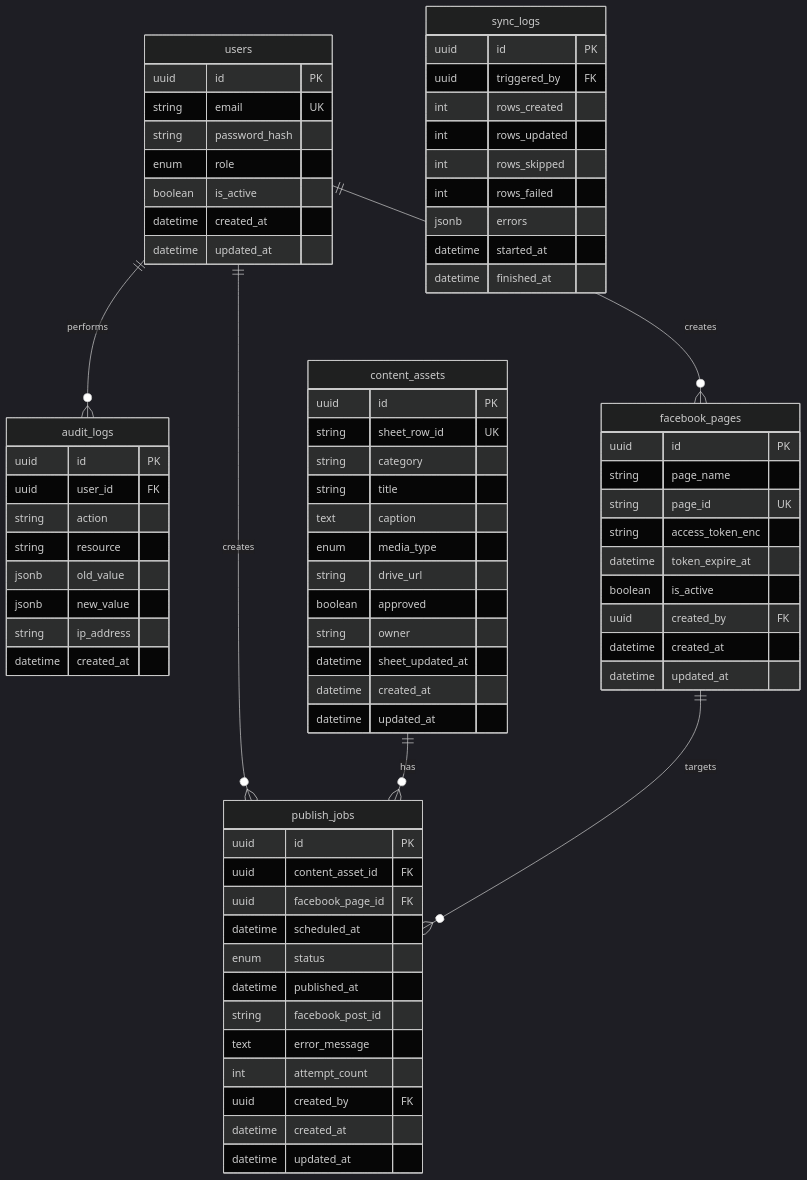
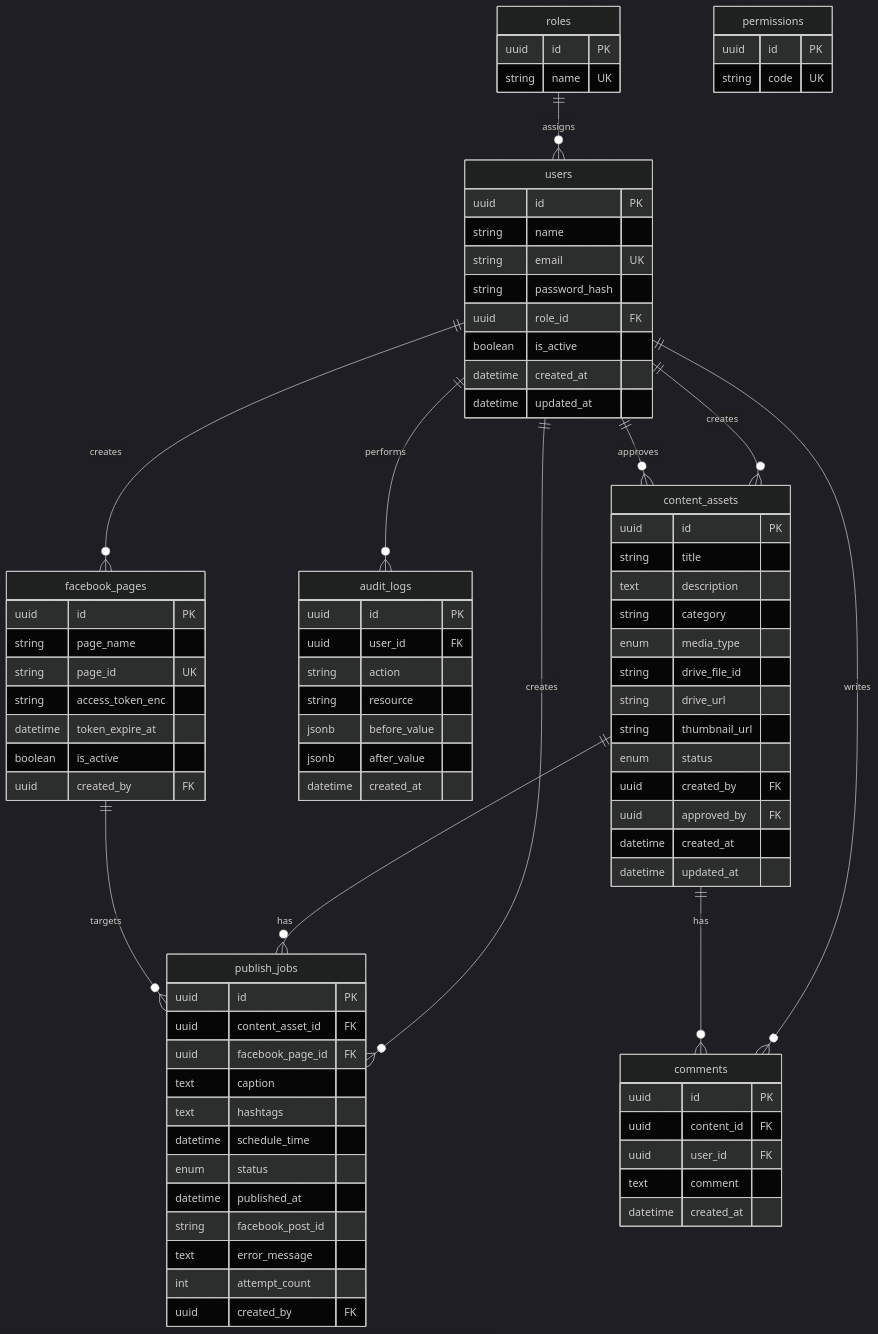
One commit to hieptvh18/auto-post-social changed the diagram in docs/03-database-design.md. Above: the diagram before and after it, drawn with Mermaid (dark theme). The commit also changed other lines of this file and 31 other files, not shown here.

````diff
--- a/docs/03-database-design.md
+++ b/docs/03-database-design.md
@@ -9,19 +9,35 @@
 ```mermaid
 erDiagram
+    users ||--o{ content_assets : creates
+    users ||--o{ content_assets : approves
     users ||--o{ publish_jobs : creates
     users ||--o{ audit_logs : performs
+    users ||--o{ comments : writes
     users ||--o{ facebook_pages : creates
     content_assets ||--o{ publish_jobs : has
+    content_assets ||--o{ comments : has
     facebook_pages ||--o{ publish_jobs : targets
+    roles ||--o{ users : assigns
 
     users {
         uuid id PK
+        string name
         string email UK
         string password_hash
-        enum role
+        uuid role_id FK
         boolean is_active
         datetime created_at
         datetime updated_at
+    }
+
+    roles {
+        uuid id PK
+        string name UK
+    }
+
+    permissions {
+        uuid id PK
+        string code UK
     }
 
     facebook_pages {
@@ -32,21 +48,20 @@
         datetime token_expire_at
         boolean is_active
         uuid created_by FK
-        datetime created_at
-        datetime updated_at
     }
 
     content_assets {
         uuid id PK
-        string sheet_row_id UK
+        string title
+        text description
         string category
-        string title
-        text caption
         enum media_type
+        string drive_file_id
         string drive_url
-        boolean approved
-        string owner
-        datetime sheet_updated_at
+        string thumbnail_url
+        enum status
+        uuid created_by FK
+        uuid approved_by FK
         datetime created_at
         datetime updated_at
     }
@@ -55,15 +70,23 @@
         uuid id PK
         uuid content_asset_id FK
         uuid facebook_page_id FK
-        datetime scheduled_at
+        text caption
+        text hashtags
+        datetime schedule_time
         enum status
         datetime published_at
         string facebook_post_id
         text error_message
         int attempt_count
         uuid created_by FK
+    }
+
+    comments {
+        uuid id PK
+        uuid content_id FK
+        uuid user_id FK
+        text comment
         datetime created_at
-        datetime updated_at
     }
 
     audit_logs {
@@ -71,21 +94,8 @@
         uuid user_id FK
         string action
         string resource
-        jsonb old_value
-        jsonb new_value
-        string ip_address
+        jsonb before_value
+        jsonb after_value
         datetime created_at
     }
-
-    sync_logs {
-        uuid id PK
-        uuid triggered_by FK
-        int rows_created
-        int rows_updated
-        int rows_skipped
-        int rows_failed
-        jsonb errors
-        datetime started_at
-        datetime finished_at
-    }
 ```
````
